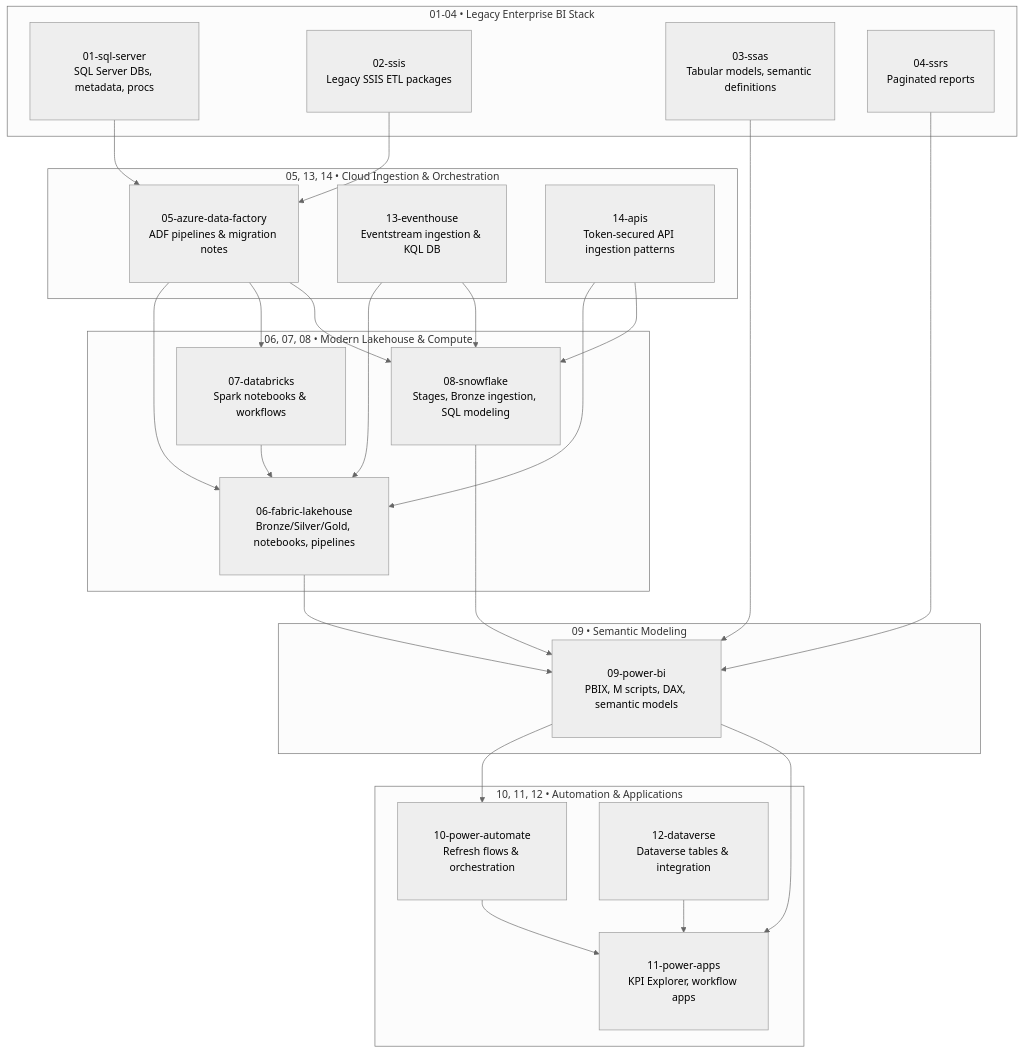
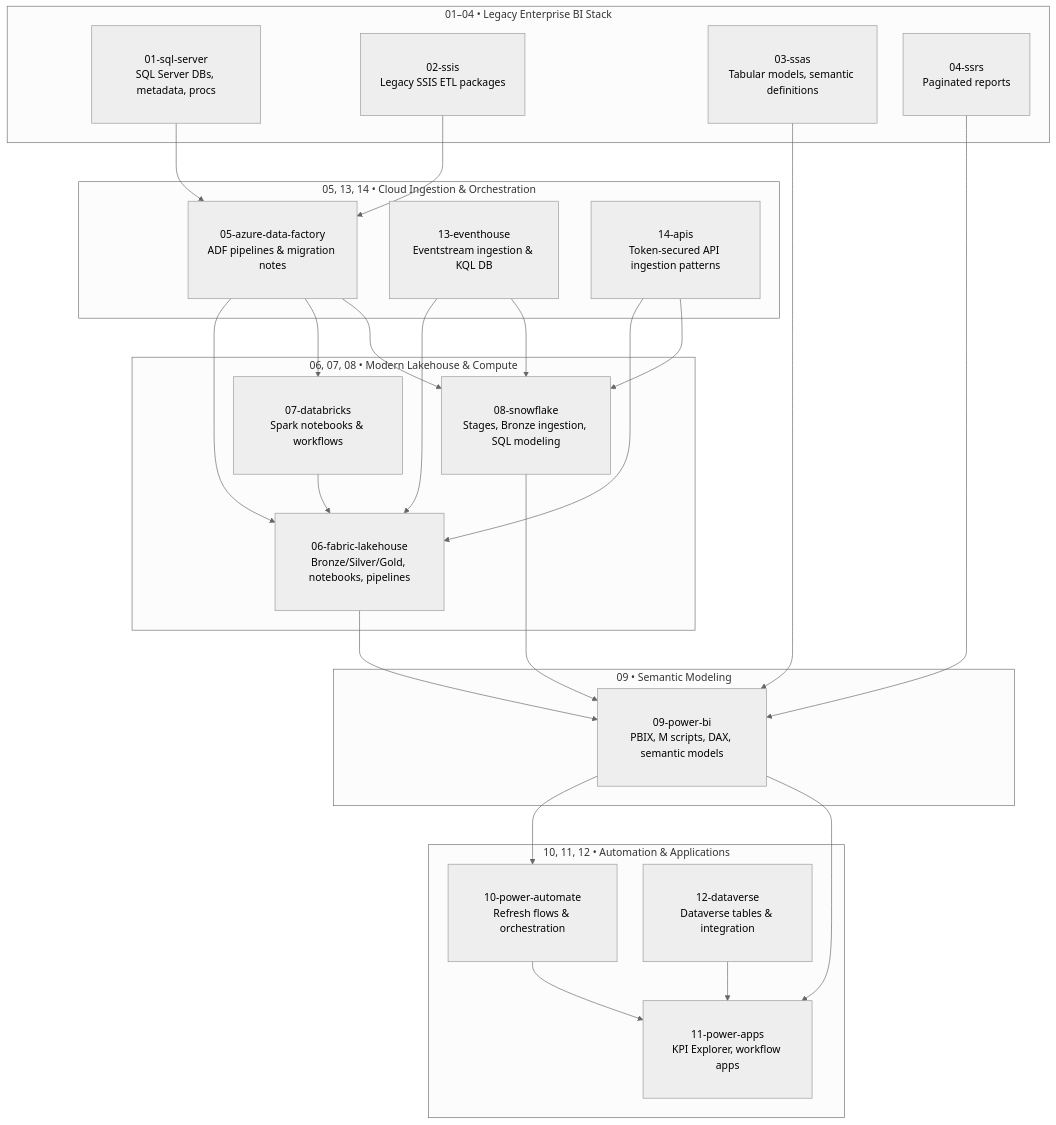
Before and after one commit to michaelraylloyd/gulf-to-bay-analytics-modernization: the diagram in docs/README.md, drawn with Mermaid (neutral theme).

Commit message:
Expanded SQL Server modernization narrative; added GTB-aligned documentation and DBA toolkit headers

````diff
--- a/docs/README.md
+++ b/docs/README.md
@@ -573,62 +573,76 @@
 ```mermaid
+%% ---------------------------------------------------------
+%% GLOBAL INIT — spacing GitHub actually honors
+%% ---------------------------------------------------------
+%%{init: {'flowchart': {'nodeSpacing': 40, 'rankSpacing': 60}}}%%
+
 flowchart TB
 
-%% ---------------------------------
-%% GLOBAL LAYOUT TUNING
-%% ---------------------------------
+%% ---------------------------------------------------------
+%% GLOBAL CLASSES
+%% ---------------------------------------------------------
 classDef layer fill:#ffffff,stroke:#999,stroke-width:1px;
 classDef wide fill:#ffffff,stroke:#999,stroke-width:1px;
+classDef pad margin:20px,padding:10px;
+classDef spacer fill:#0000,stroke:#0000,color:#0000;
 
-%% Adds padding so nodes don’t overlap
-classDef pad margin:20px,padding:10px;
+%% ---------------------------------------------------------
+%% L1 — LEGACY ENTERPRISE BI STACK
+%% ---------------------------------------------------------
+subgraph L1[01–04 • Legacy Enterprise BI Stack]
+    L1_PAD[" "]:::spacer
 
-%% ---------------------------------
-%% SOURCE & LEGACY SYSTEMS
-%% ---------------------------------
-subgraph L1[01-04 • Legacy Enterprise BI Stack]
     SQL[01-sql-server<br/>SQL Server DBs, metadata, procs]:::pad
     SSIS[02-ssis<br/>Legacy SSIS ETL packages]:::pad
     SSAS[03-ssas<br/>Tabular models, semantic definitions]:::pad
     SSRS[04-ssrs<br/>Paginated reports]:::pad
 end
 
-%% ---------------------------------
-%% CLOUD INGESTION & ORCHESTRATION
-%% ---------------------------------
+%% ---------------------------------------------------------
+%% L2 — CLOUD INGESTION & ORCHESTRATION
+%% ---------------------------------------------------------
 subgraph L2[05, 13, 14 • Cloud Ingestion & Orchestration]
+    L2_PAD[" "]:::spacer
+
     ADF[05-azure-data-factory<br/>ADF pipelines & migration notes]:::pad
     EVENT[13-eventhouse<br/>Eventstream ingestion & KQL DB]:::pad
     APIS[14-apis<br/>Token-secured API ingestion patterns]:::pad
 end
 
-%% ---------------------------------
-%% MODERN LAKEHOUSE & COMPUTE
-%% ---------------------------------
+%% ---------------------------------------------------------
+%% L3 — MODERN LAKEHOUSE & COMPUTE
+%% ---------------------------------------------------------
 subgraph L3[06, 07, 08 • Modern Lakehouse & Compute]
+    L3_PAD[" "]:::spacer
+
     FAB[06-fabric-lakehouse<br/>Bronze/Silver/Gold, notebooks, pipelines]:::pad
     DBX[07-databricks<br/>Spark notebooks & workflows]:::pad
     SNOW[08-snowflake<br/>Stages, Bronze ingestion, SQL modeling]:::pad
 end
 
-%% ---------------------------------
-%% SEMANTIC MODELING
-%% ---------------------------------
+%% ---------------------------------------------------------
+%% L4 — SEMANTIC MODELING
+%% ---------------------------------------------------------
 subgraph L4[09 • Semantic Modeling]
+    L4_PAD[" "]:::spacer
+
     PBI[09-power-bi<br/>PBIX, M scripts, DAX, semantic models]:::pad
 end
 
-%% ---------------------------------
-%% AUTOMATION & APPS
-%% ---------------------------------
+%% ---------------------------------------------------------
+%% L5 — AUTOMATION & APPLICATIONS
+%% ---------------------------------------------------------
 subgraph L5[10, 11, 12 • Automation & Applications]
+    L5_PAD[" "]:::spacer
+
     PA[10-power-automate<br/>Refresh flows & orchestration]:::pad
     APPS[11-power-apps<br/>KPI Explorer, workflow apps]:::pad
     DV[12-dataverse<br/>Dataverse tables & integration]:::pad
 end
 
-%% ---------------------------------
+%% ---------------------------------------------------------
 %% FLOWS
-%% ---------------------------------
+%% ---------------------------------------------------------
 SQL --> ADF
 SSIS --> ADF
 SSAS --> PBI
````
